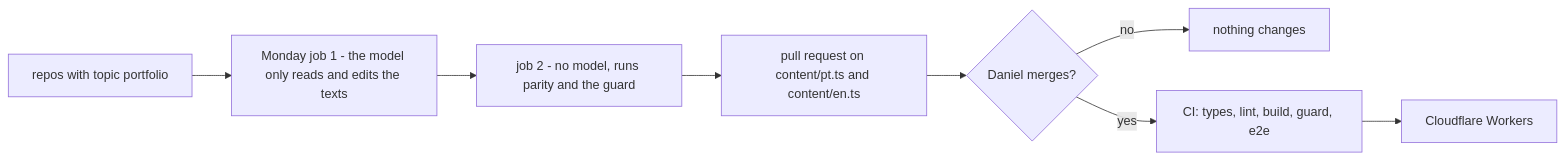
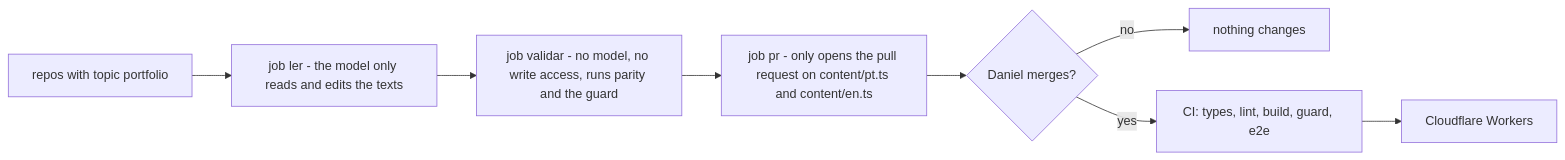
One commit to dv-dev1/portfolio changed the first of 2 diagrams in README.md. Above: the diagram before and after it, drawn with Mermaid. The commit also changed other lines of this file and 1 other file, not shown here.

First line of the commit message:
fix: código do modelo só roda em job sem escrita

````diff
--- a/README.md
+++ b/README.md
@@ -28,10 +28,10 @@
 ```mermaid
 flowchart LR
-    R[repos with topic portfolio] --> B[Monday job 1 - the model only reads and edits the texts]
-    B --> V[job 2 - no model, runs parity and the guard]
-    V --> PR[pull request on content/pt.ts and content/en.ts]
+    R[repos with topic portfolio] --> L[job ler - the model only reads and edits the texts]
+    L --> V[job validar - no model, no write access, runs parity and the guard]
+    V --> PR[job pr - only opens the pull request on content/pt.ts and content/en.ts]
     PR --> D{Daniel merges?}
     D -- no --> X[nothing changes]
     D -- yes --> CI[CI: types, lint, build, guard, e2e]
     CI --> W[Cloudflare Workers]
 ```
````
